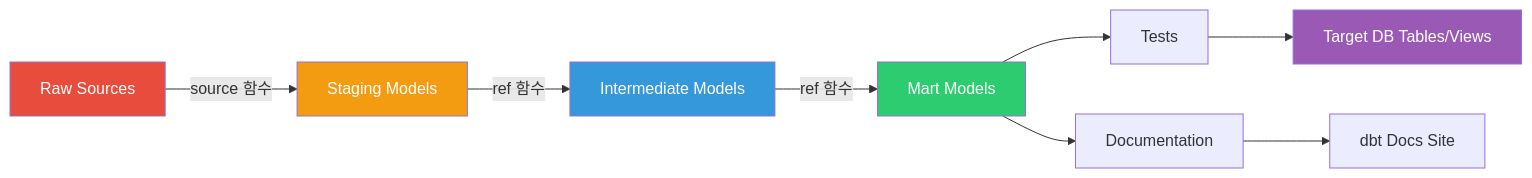
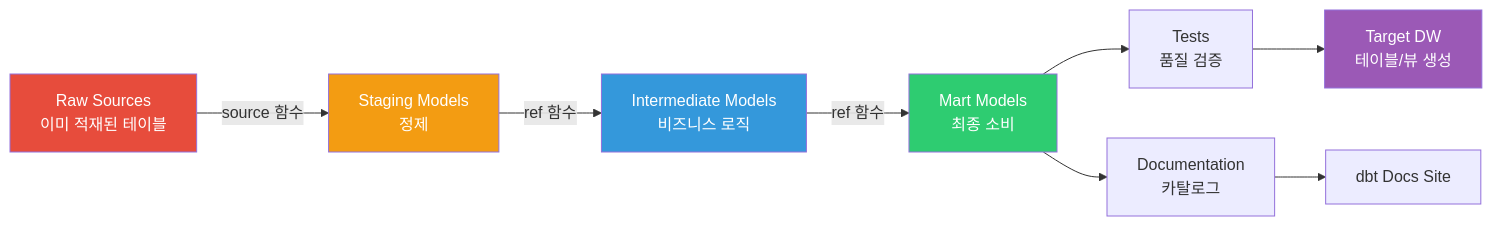
One commit to izzyLim/BIP-Pipeline changed the first of 12 diagrams in docs/guide_dbt.md. Above: the diagram before and after it, drawn with Mermaid. The commit also changed other lines of this file and 3 other files, not shown here.

````diff
--- a/docs/guide_dbt.md
+++ b/docs/guide_dbt.md
@@ -43,16 +135,16 @@
 ```mermaid
 graph LR
-    A[Raw Sources] -->|source 함수| B[Staging Models]
-    B -->|ref 함수| C[Intermediate Models]
-    C -->|ref 함수| D[Mart Models]
-    D --> E[Tests]
-    D --> F[Documentation]
-    E --> G[Target DB Tables/Views]
+    A[Raw Sources<br/>이미 적재된 테이블] -->|source 함수| B[Staging Models<br/>정제]
+    B -->|ref 함수| C[Intermediate Models<br/>비즈니스 로직]
+    C -->|ref 함수| D[Mart Models<br/>최종 소비]
+    D --> E[Tests<br/>품질 검증]
+    D --> F[Documentation<br/>카탈로그]
+    E --> G[Target DW<br/>테이블/뷰 생성]
     F --> H[dbt Docs Site]
 
     style A fill:#e74c3c,color:#fff
     style B fill:#f39c12,color:#fff
     style C fill:#3498db,color:#fff
     style D fill:#2ecc71,color:#fff
     style G fill:#9b59b6,color:#fff
 ```
````
